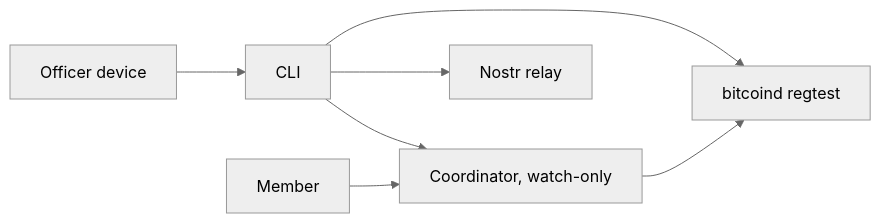
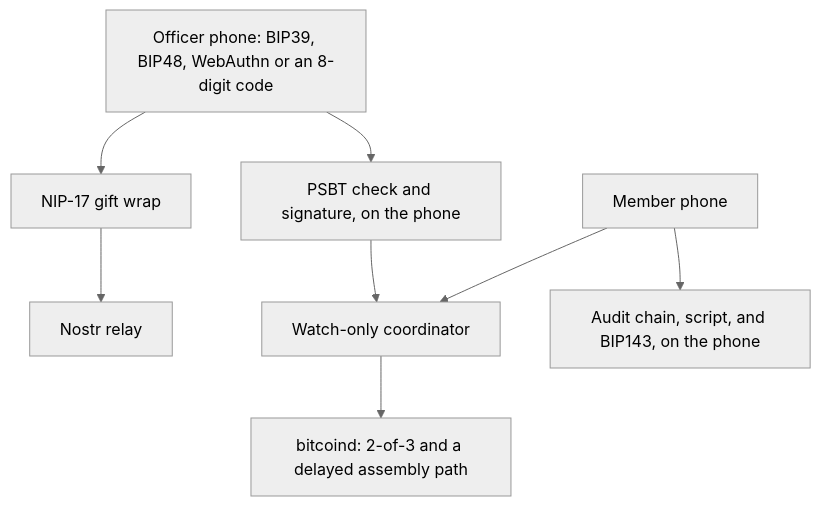
Before and after one commit to datharnu/koinon: the first of 2 diagrams in README.md, drawn with Mermaid (neutral theme). The commit also changed other lines of this file and 55 other files, not shown here.

First line of the commit message:
Let a member check the two signatures from the raw transaction.

````diff
--- a/README.md
+++ b/README.md
@@ -145,9 +165,11 @@
 ```mermaid
-flowchart LR
-  officer["Officer device"] --> cli["CLI"]
-  cli --> coordinator["Coordinator, watch-only"]
-  cli --> relay["Nostr relay"]
-  coordinator --> bitcoind["bitcoind regtest"]
-  cli --> bitcoind
-  member["Member"] --> coordinator
+flowchart TB
+  keys["Officer phone: BIP39, BIP48, WebAuthn or an 8-digit code"]
+  keys --> wrap["NIP-17 gift wrap"]
+  wrap --> relay["Nostr relay"]
+  keys --> sign["PSBT check and signature, on the phone"]
+  sign --> coord["Watch-only coordinator"]
+  coord --> node["bitcoind: 2-of-3 and a delayed assembly path"]
+  member["Member phone"] --> coord
+  member --> local["Audit chain, script, and BIP143, on the phone"]
 ```
````
